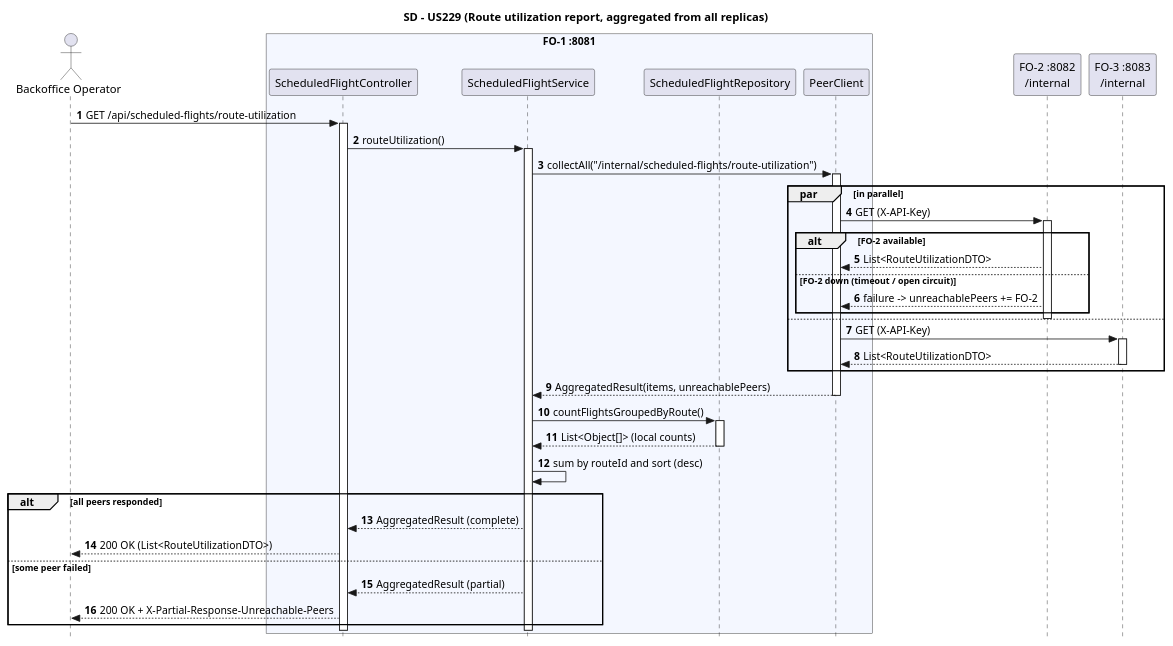
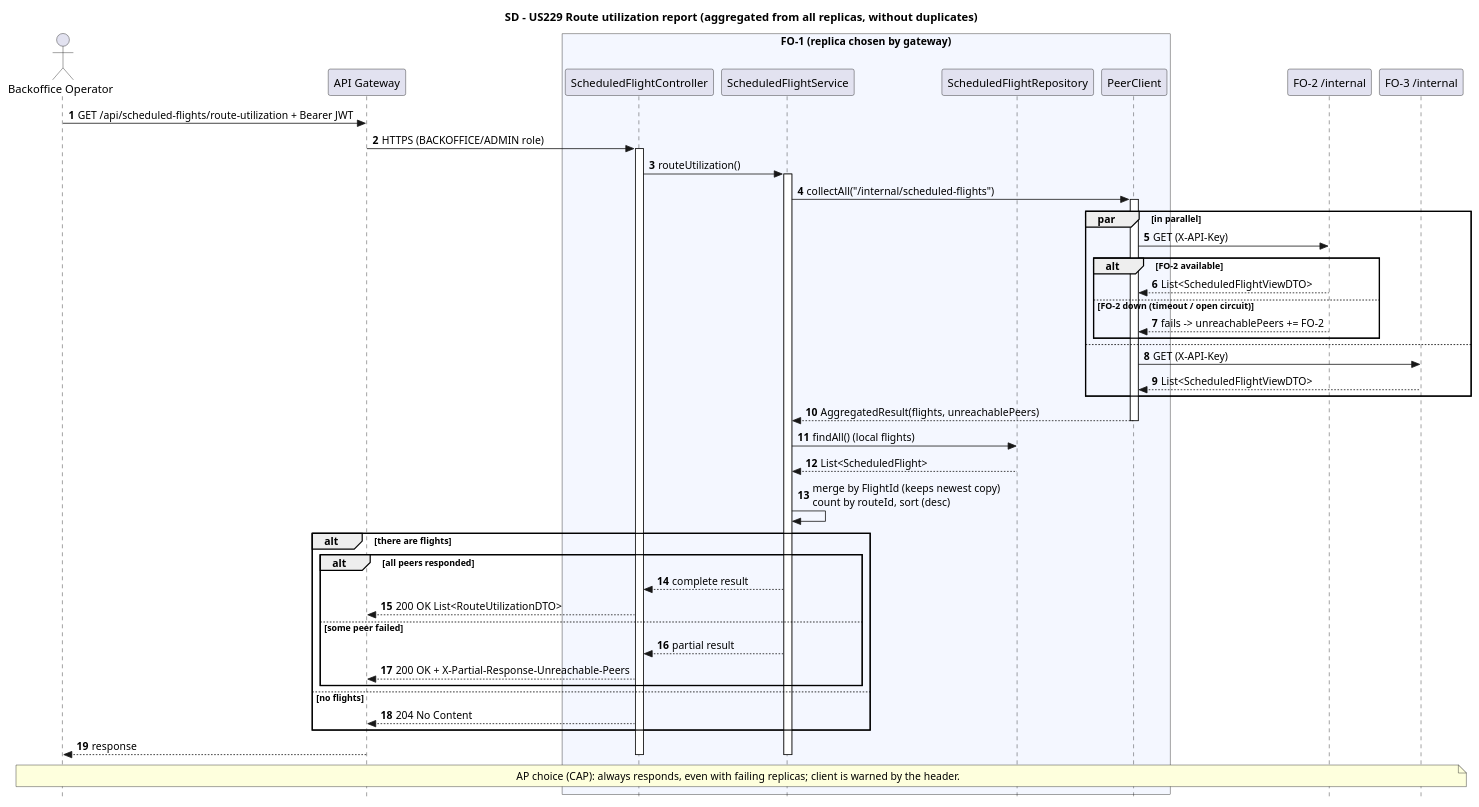
The diagram in Services/Flighting Operations/Documentos/sd-route-utilization.puml (anamartasilvaa/SIDIG_AI_Safe), drawn with PlantUML before and after one commit. The commit also changed 10 other files, not shown here.

Commit message:
Mais diagramas atualizados de FO

```diff
--- a/Services/Flighting Operations/Documentos/sd-route-utilization.puml
+++ b/Services/Flighting Operations/Documentos/sd-route-utilization.puml
@@ -1,58 +1,60 @@
 @startuml sd-route-utilization
 skinparam style strictuml
 autonumber
-title SD - US229 (Route utilization report, aggregated from all replicas)
+title SD - US229 Route utilization report (aggregated from all replicas, without duplicates)
 
 actor "Backoffice Operator" as User
-box "FO-1 :8081" #F4F7FF
+participant "API Gateway" as GW
+box "FO-1 (replica chosen by gateway)" #F4F7FF
 participant "ScheduledFlightController" as Ctrl
 participant "ScheduledFlightService" as Svc
 participant "ScheduledFlightRepository" as Repo
 participant "PeerClient" as Peers
 end box
-participant "FO-2 :8082\n/internal" as FO2
-participant "FO-3 :8083\n/internal" as FO3
+participant "FO-2 /internal" as FO2
+participant "FO-3 /internal" as FO3
 
-User -> Ctrl : GET /api/scheduled-flights/route-utilization
+User -> GW : GET /api/scheduled-flights/route-utilization + Bearer JWT
+GW -> Ctrl : HTTPS (BACKOFFICE/ADMIN role)
 activate Ctrl
 Ctrl -> Svc : routeUtilization()
 activate Svc
 
-Svc -> Peers : collectAll("/internal/scheduled-flights/route-utilization")
+Svc -> Peers : collectAll("/internal/scheduled-flights")
 activate Peers
 par in parallel
   Peers -> FO2 : GET (X-API-Key)
-  activate FO2
   alt FO-2 available
-    FO2 --> Peers : List<RouteUtilizationDTO>
+    FO2 --> Peers : List<ScheduledFlightViewDTO>
   else FO-2 down (timeout / open circuit)
-    FO2 --> Peers : failure -> unreachablePeers += FO-2
+    FO2 --> Peers : fails -> unreachablePeers += FO-2
   end
-  deactivate FO2
 else
   Peers -> FO3 : GET (X-API-Key)
-  activate FO3
-  FO3 --> Peers : List<RouteUtilizationDTO>
-  deactivate FO3
+  FO3 --> Peers : List<ScheduledFlightViewDTO>
 end
-Peers --> Svc : AggregatedResult(items, unreachablePeers)
+Peers --> Svc : AggregatedResult(flights, unreachablePeers)
 deactivate Peers
 
-Svc -> Repo : countFlightsGroupedByRoute()
-activate Repo
-Repo --> Svc : List<Object[]> (local counts)
-deactivate Repo
+Svc -> Repo : findAll() (local flights)
+Repo --> Svc : List<ScheduledFlight>
 
-Svc -> Svc : sum by routeId and sort (desc)
+Svc -> Svc : merge by FlightId (keeps newest copy)\ncount by routeId, sort (desc)
 
-alt all peers responded
-  Svc --> Ctrl : AggregatedResult (complete)
-  Ctrl --> User : 200 OK (List<RouteUtilizationDTO>)
-else some peer failed
-  Svc --> Ctrl : AggregatedResult (partial)
-  Ctrl --> User : 200 OK + X-Partial-Response-Unreachable-Peers
+alt there are flights
+  alt all peers responded
+    Svc --> Ctrl : complete result
+    Ctrl --> GW : 200 OK List<RouteUtilizationDTO>
+  else some peer failed
+    Svc --> Ctrl : partial result
+    Ctrl --> GW : 200 OK + X-Partial-Response-Unreachable-Peers
+  end
+else no flights
+  Ctrl --> GW : 204 No Content
 end
+GW --> User : response
 deactivate Svc
 deactivate Ctrl
 
+note over User, FO3 : AP choice (CAP): always responds, even with failing replicas; client is warned by the header.
 @enduml
```
